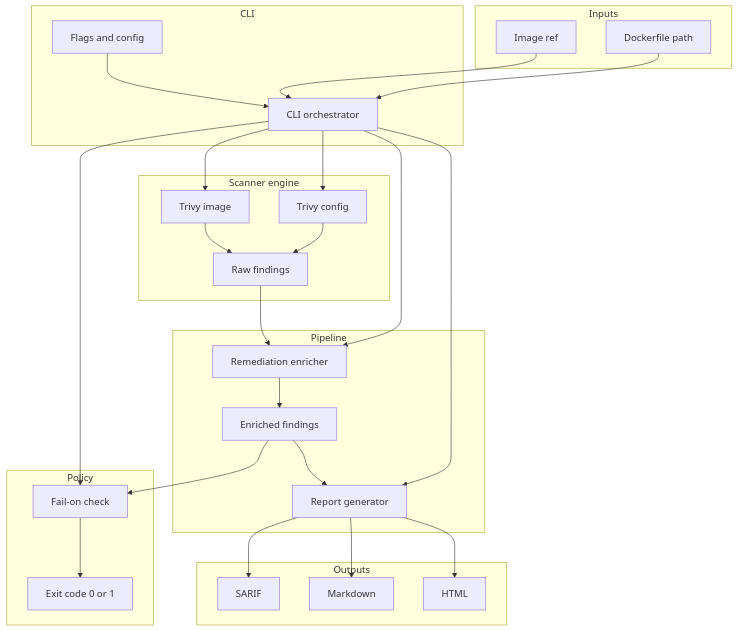
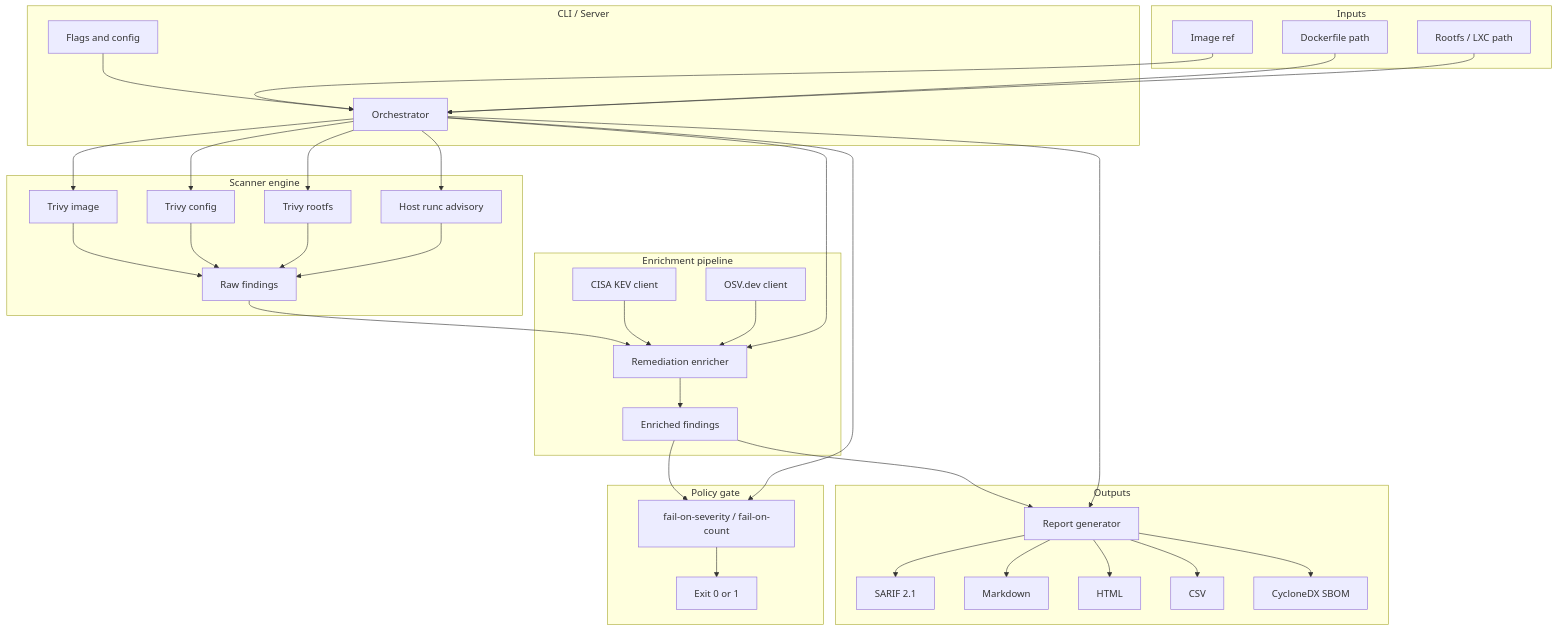
Before and after one commit to beejak/docker-scanner: the first of 6 diagrams in docs/architecture-diagrams.md, drawn with Mermaid. The commit also changed other lines of this file and 5 other files, not shown here.

````diff
--- a/docs/architecture-diagrams.md
+++ b/docs/architecture-diagrams.md
@@ -11,50 +11,65 @@
 ```mermaid
 flowchart TB
   subgraph inputs [Inputs]
     ImageRef[Image ref]
     Dockerfile[Dockerfile path]
+    RootfsPath[Rootfs / LXC path]
   end
 
-  subgraph cli [CLI]
+  subgraph cli [CLI / Server]
     Flags[Flags and config]
-    Flags --> CLI_Orchestrator[CLI orchestrator]
+    Flags --> CLI_Orchestrator[Orchestrator]
   end
 
   subgraph engine [Scanner engine]
     TrivyImage[Trivy image]
     TrivyConfig[Trivy config]
+    TrivyRootfs[Trivy rootfs]
     TrivyImage --> RawFindings[Raw findings]
     TrivyConfig --> RawFindings
+    TrivyRootfs --> RawFindings
+    RuncAdvisory[Host runc advisory] --> RawFindings
   end
 
-  subgraph pipeline [Pipeline]
+  subgraph enrichment [Enrichment pipeline]
+    KEV[CISA KEV client]
+    OSV[OSV.dev client]
     Enricher[Remediation enricher]
-    ReportGen[Report generator]
     RawFindings --> Enricher
+    KEV --> Enricher
+    OSV --> Enricher
     Enricher --> EnrichedFindings[Enriched findings]
-    EnrichedFindings --> ReportGen
   end
 
   subgraph outputs [Outputs]
-    SARIF[SARIF]
+    ReportGen[Report generator]
+    SARIF[SARIF 2.1]
     Markdown[Markdown]
     HTML[HTML]
+    CSV[CSV]
+    SBOM[CycloneDX SBOM]
+    EnrichedFindings --> ReportGen
     ReportGen --> SARIF
     ReportGen --> Markdown
     ReportGen --> HTML
+    ReportGen --> CSV
+    ReportGen --> SBOM
   end
 
-  subgraph policy [Policy]
-    FailOn[Fail-on check]
+  subgraph policy [Policy gate]
+    FailOn[fail-on-severity / fail-on-count]
     EnrichedFindings --> FailOn
-    FailOn --> ExitCode[Exit code 0 or 1]
+    FailOn --> ExitCode[Exit 0 or 1]
   end
 
   ImageRef --> CLI_Orchestrator
   Dockerfile --> CLI_Orchestrator
+  RootfsPath --> CLI_Orchestrator
   CLI_Orchestrator --> TrivyImage
   CLI_Orchestrator --> TrivyConfig
+  CLI_Orchestrator --> TrivyRootfs
+  CLI_Orchestrator --> RuncAdvisory
   CLI_Orchestrator --> Enricher
   CLI_Orchestrator --> ReportGen
   CLI_Orchestrator --> FailOn
 ```
````
